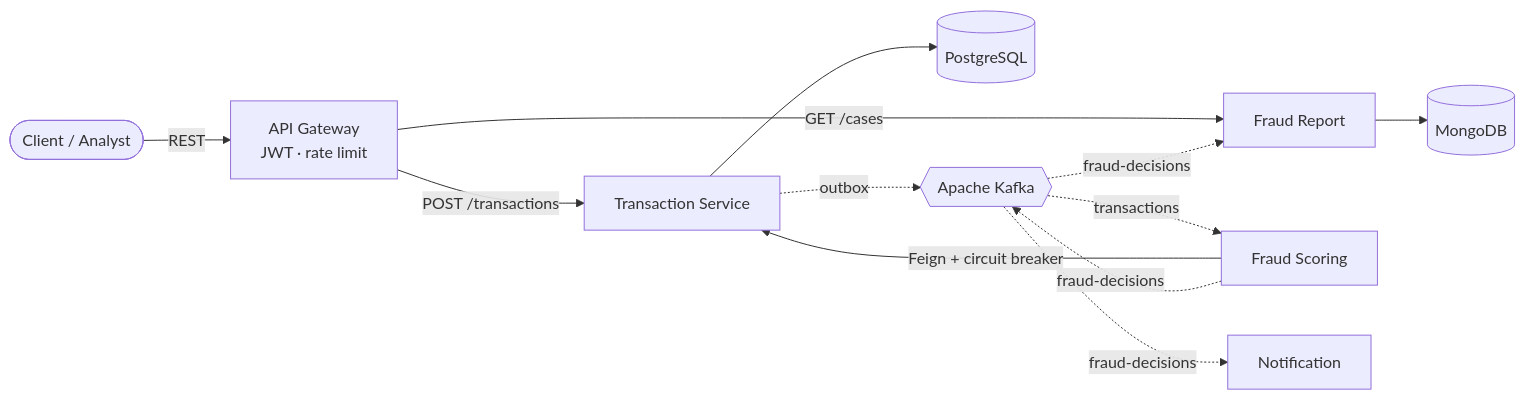
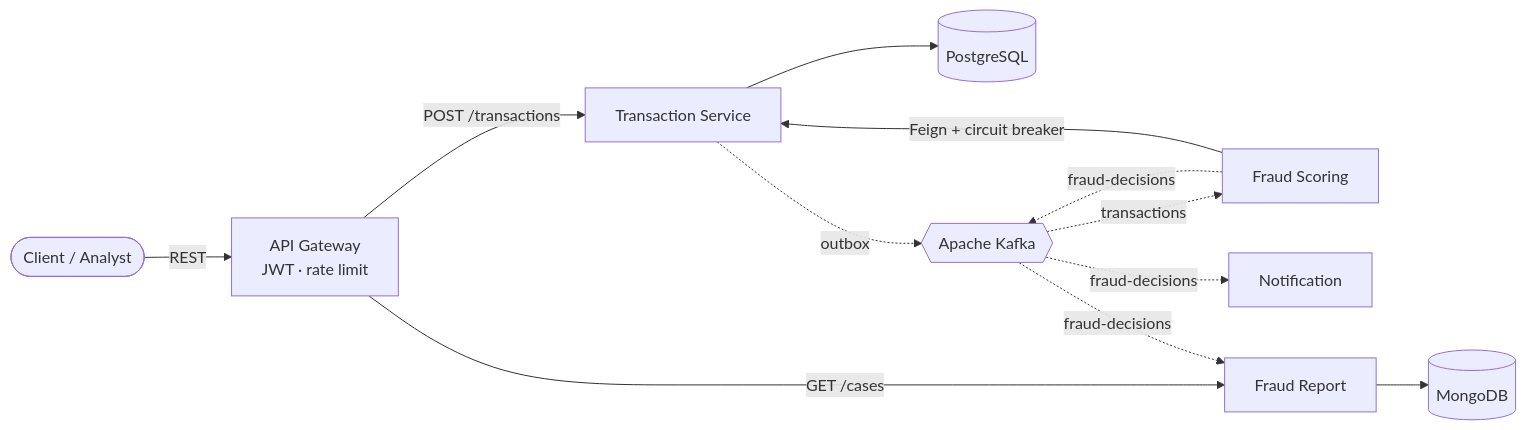
Before and after one commit to giyu-anhngo/fraud-shield: the diagram in README.md, drawn with Mermaid. The commit also changed other lines of this file, not shown here.

Commit message:
Update Architecture - Flowchart

````diff
--- a/README.md
+++ b/README.md
@@ -30,14 +28,14 @@
 ```mermaid
 flowchart LR
     Client([Client / Analyst]) -->|REST| GW[API Gateway<br/>JWT · rate limit]
     GW -->|POST /transactions| TX[Transaction Service]
-    GW -->|GET /cases| FR[Fraud Report]
     TX --> PG[(PostgreSQL)]
     TX -. outbox .-> K{{Apache Kafka}}
     K -. transactions .-> FS[Fraud Scoring]
+    FS -. fraud-decisions .-> K
+    K -. fraud-decisions .-> NT[Notification]
+    GW -->|GET /cases| FR[Fraud Report]
     FS -->|Feign + circuit breaker| TX
-    FS -. fraud-decisions .-> K
     K -. fraud-decisions .-> FR
-    K -. fraud-decisions .-> NT[Notification]
     FR --> MG[(MongoDB)]
 ```
````
